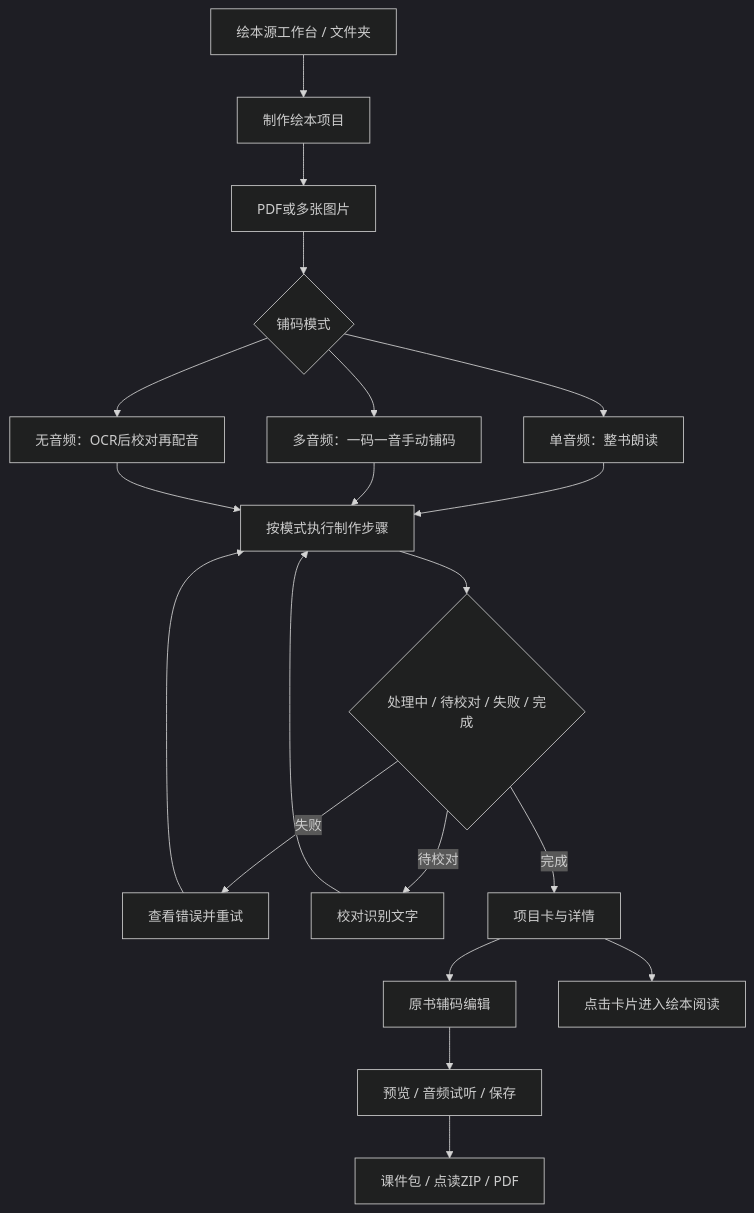
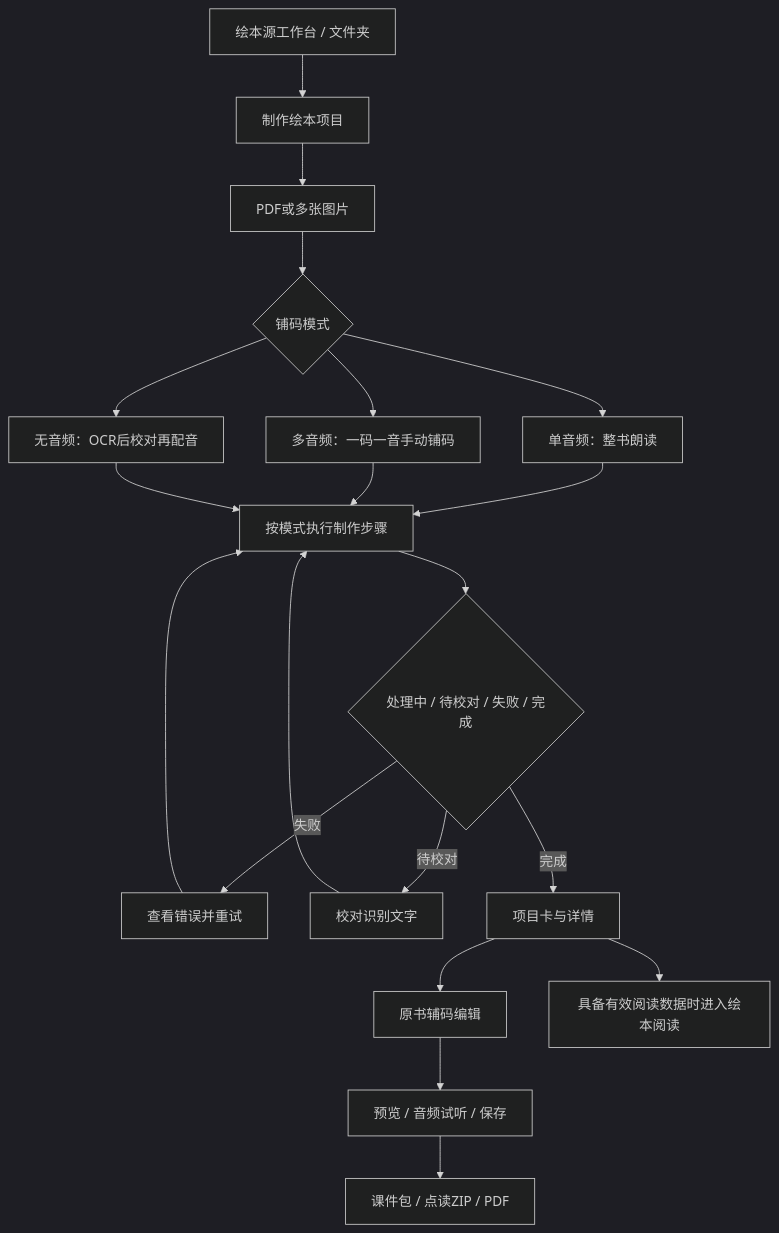
One commit to caiguanlin/pepapage changed the diagram in PepaPage-绘本源-本期复刻任务书.md. Above: the diagram before and after it, drawn with Mermaid (dark theme). The commit also changed other lines of this file and 28 other files, not shown here.

````diff
--- a/PepaPage-绘本源-本期复刻任务书.md
+++ b/PepaPage-绘本源-本期复刻任务书.md
@@ -38,22 +40,22 @@
 ```mermaid
 flowchart TD
   A[绘本源工作台 / 文件夹] --> B[制作绘本项目]
   B --> C[PDF或多张图片]
   C --> D{铺码模式}
   D --> S[单音频：整书朗读]
   D --> M[多音频：一码一音手动铺码]
   D --> T[无音频：OCR后校对再配音]
   S --> P[按模式执行制作步骤]
   M --> P
   T --> P
   P --> Q{处理中 / 待校对 / 失败 / 完成}
   Q -->|失败| R[查看错误并重试]
   R --> P
   Q -->|待校对| E[校对识别文字]
   E --> P
   Q -->|完成| F[项目卡与详情]
   F --> G[原书辅码编辑]
-  F --> V[点击卡片进入绘本阅读]
+  F --> V[具备有效阅读数据时进入绘本阅读]
   G --> H[预览 / 音频试听 / 保存]
   H --> I[课件包 / 点读ZIP / PDF]
 ```
````
